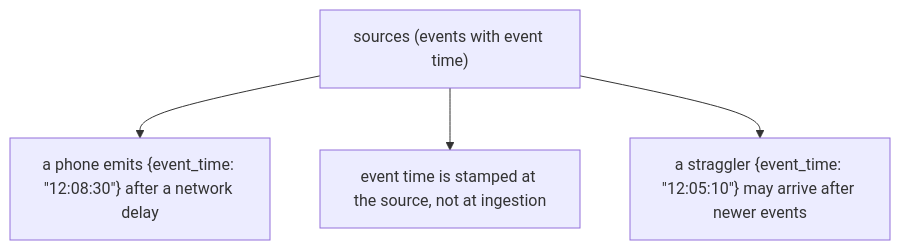
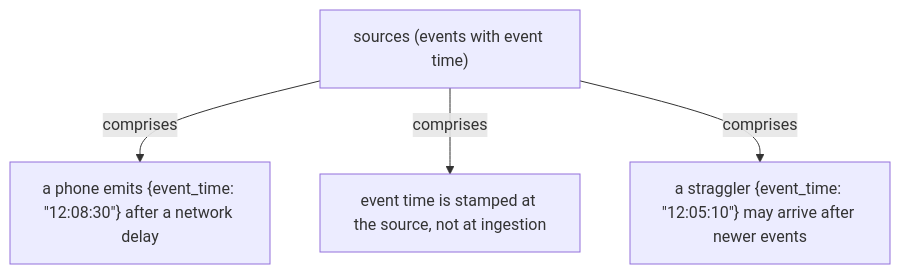
One commit to vinayakuber/streaming-systems-study-guide changed the fourth of 19 diagrams in docs/ch03-watermarks.md. Above: the diagram before and after it, drawn with Mermaid. The commit also changed other lines of this file and 22 other files, not shown here.

First line of the commit message:
R18: label every diagram arrow with its meaning

````diff
--- a/docs/ch03-watermarks.md
+++ b/docs/ch03-watermarks.md
@@ -149,7 +149,7 @@
 ```mermaid
 flowchart TD
   R["sources (events with event time)"]
-  R --> P0["a phone emits {event_time: #quot;12:08:30#quot;} after a network delay"]
-  R --> P1["event time is stamped at the source, not at ingestion"]
-  R --> P2["a straggler {event_time: #quot;12:05:10#quot;} may arrive after newer events"]
+  R -->|"comprises"| P0["a phone emits {event_time: #quot;12:08:30#quot;} after a network delay"]
+  R -->|"comprises"| P1["event time is stamped at the source, not at ingestion"]
+  R -->|"comprises"| P2["a straggler {event_time: #quot;12:05:10#quot;} may arrive after newer events"]
 ```
````
